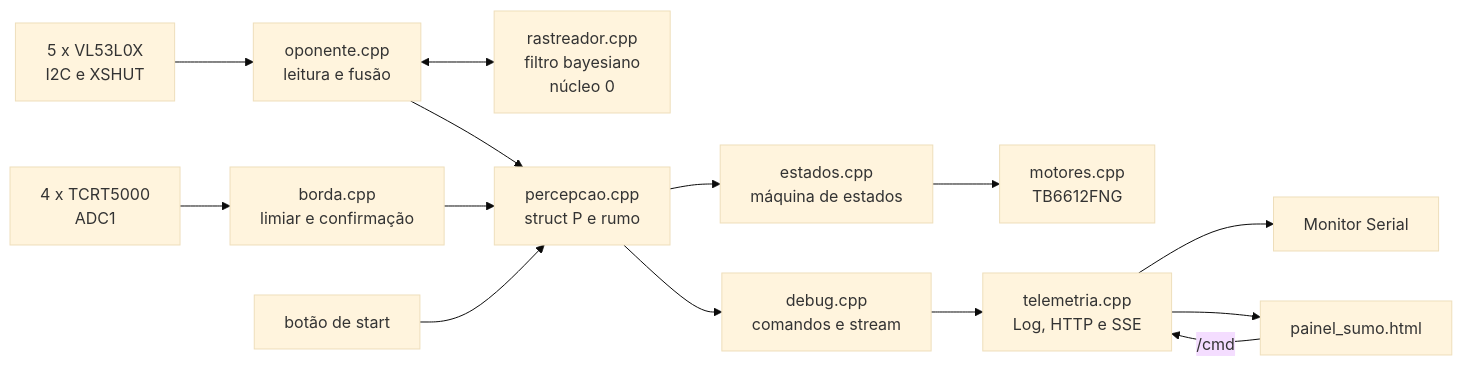
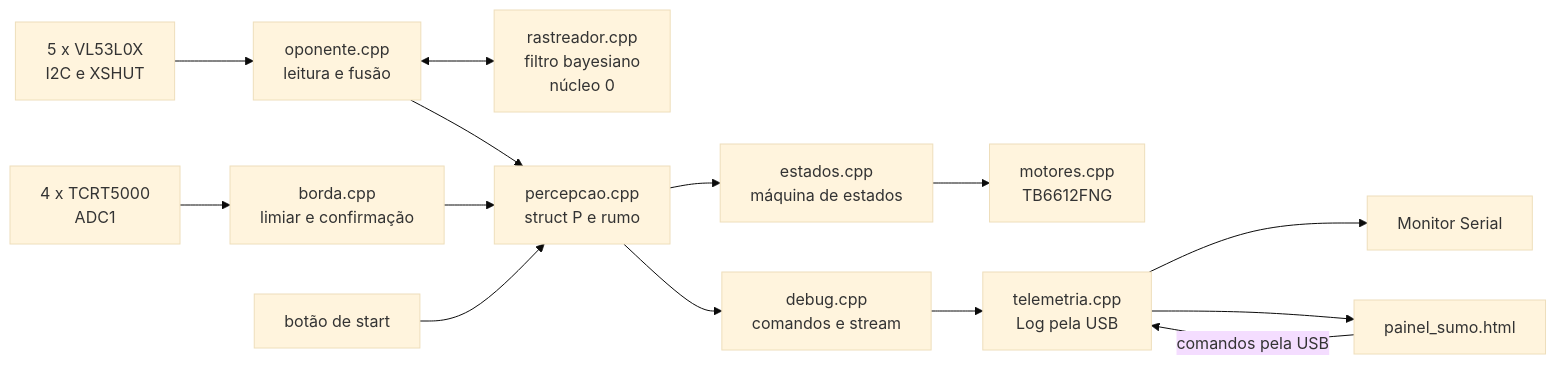
One commit to felcoslop/LAB_III_Grupo_D_UFMG_2026_2 changed the first of 2 diagrams in README.md. Above: the diagram before and after it, drawn with Mermaid (base theme). The commit also changed other lines of this file and 1 other file, not shown here.

````diff
--- a/README.md
+++ b/README.md
@@ -163,16 +161,16 @@
 ```mermaid
 flowchart LR
     TOF["5 x VL53L0X<br/>I2C e XSHUT"] --> OPO["oponente.cpp<br/>leitura e fusão"]
     OPO <--> RAS["rastreador.cpp<br/>filtro bayesiano<br/>núcleo 0"]
     TCRT["4 x TCRT5000<br/>ADC1"] --> BOR["borda.cpp<br/>limiar e confirmação"]
     BOT["botão de start"] --> PER
     OPO --> PER["percepcao.cpp<br/>struct P e rumo"]
     BOR --> PER
     PER --> EST["estados.cpp<br/>máquina de estados"]
     EST --> MOT["motores.cpp<br/>TB6612FNG"]
     PER --> DEB["debug.cpp<br/>comandos e stream"]
-    DEB --> TEL["telemetria.cpp<br/>Log, HTTP e SSE"]
+    DEB --> TEL["telemetria.cpp<br/>Log pela USB"]
     TEL --> USB["Monitor Serial"]
     TEL --> PAI["painel_sumo.html"]
-    PAI -- "/cmd" --> TEL
+    PAI -- "comandos pela USB" --> TEL
 ```
````
